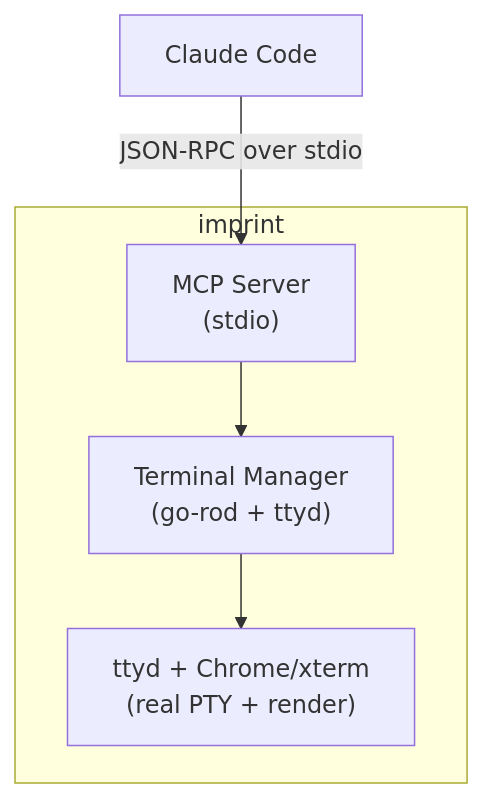
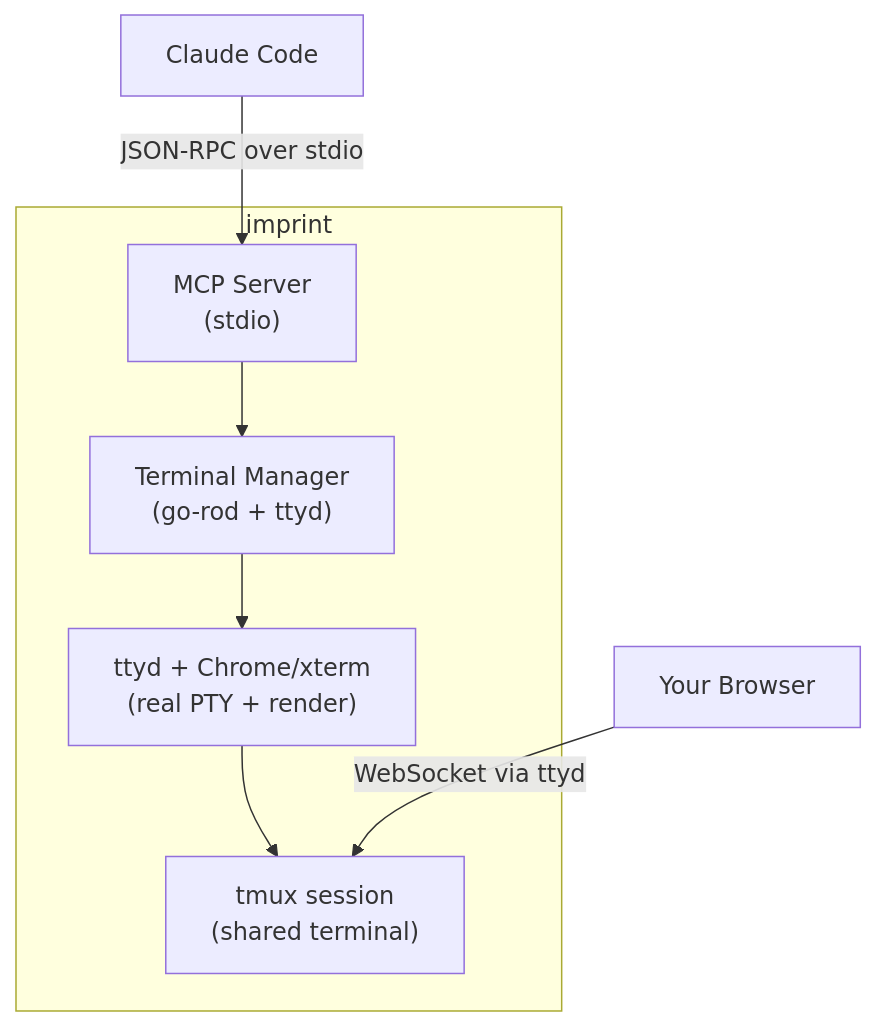
The diagram in README.md (kessler-frost/imprint), drawn with Mermaid before and after one commit. The commit also changed other lines of this file and 4 other files, not shown here.

First line of the commit message:
Add tmux session sharing for real-time terminal viewing

````diff
--- a/README.md
+++ b/README.md
@@ -123,13 +140,16 @@
 ```mermaid
 flowchart TB
     subgraph imprint
         MCP["MCP Server<br/>(stdio)"]
         TM["Terminal Manager<br/>(go-rod + ttyd)"]
+        TMUX["tmux session<br/>(shared terminal)"]
         TTY["ttyd + Chrome/xterm<br/>(real PTY + render)"]
 
         MCP --> TM
         TM --> TTY
+        TTY --> TMUX
     end
 
     Claude["Claude Code"] -->|"JSON-RPC over stdio"| MCP
+    Browser["Your Browser"] -->|"WebSocket via ttyd"| TMUX
 ```
````
